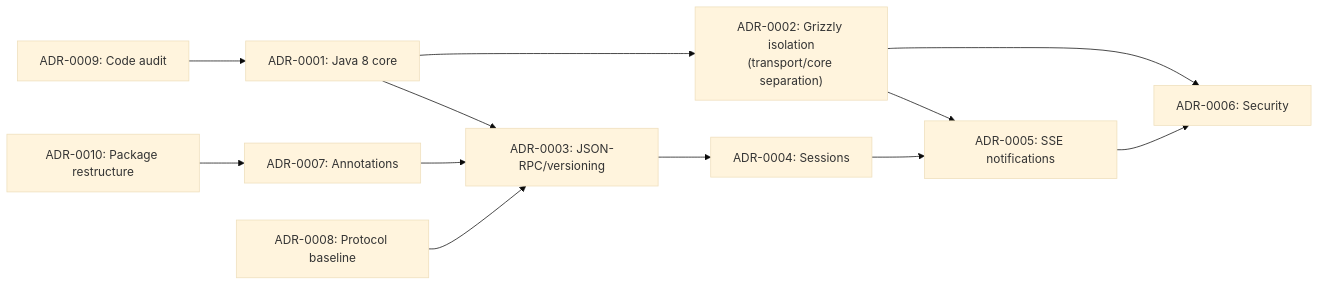
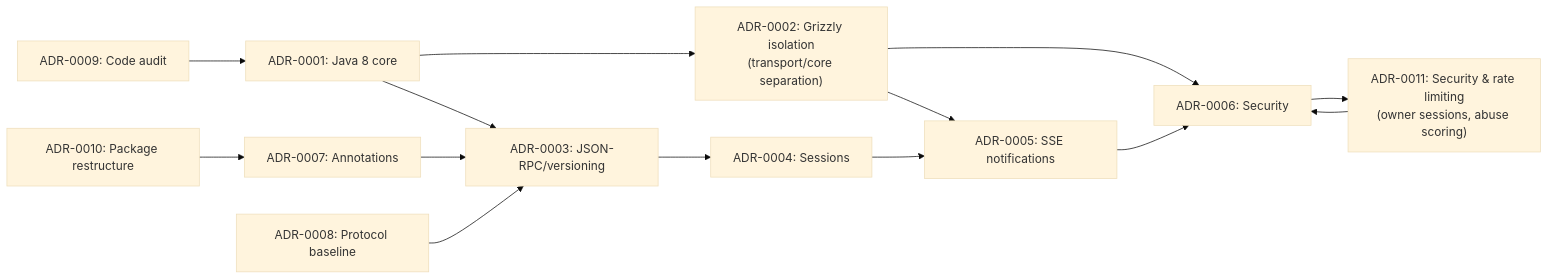
The diagram in docs/adr/README.md (vinhphan812/mcp-java-sdk), drawn with Mermaid (base theme) before and after one commit. The commit also changed other lines of this file and 1 other file, not shown here.

Commit message:
docs: add ADR-0011 — Security and Rate Limiting

````diff
--- a/docs/adr/README.md
+++ b/docs/adr/README.md
@@ -13,25 +13,28 @@
 ```mermaid
 flowchart LR
     Core1["ADR-0001: Java 8 core"]
     Core2["ADR-0002: Grizzly isolation\n(transport/core separation)"]
     Core3["ADR-0003: JSON-RPC/versioning"]
     Core4["ADR-0004: Sessions"]
     Core5["ADR-0005: SSE notifications"]
     Core6["ADR-0006: Security"]
     Core7["ADR-0007: Annotations"]
     Core8["ADR-0008: Protocol baseline"]
     Core9["ADR-0009: Code audit"]
     Core10["ADR-0010: Package restructure"]
+    Core11["ADR-0011: Security & rate limiting\n(owner sessions, abuse scoring)"]
 
     Core1 --> Core2
     Core1 --> Core3
     Core2 --> Core6
     Core2 --> Core5
     Core3 --> Core4
     Core4 --> Core5
     Core5 --> Core6
+    Core6 --> Core11
     Core7 --> Core3
     Core8 --> Core3
     Core9 --> Core1
     Core10 --> Core7
+    Core11 --> Core6
 ```
````
